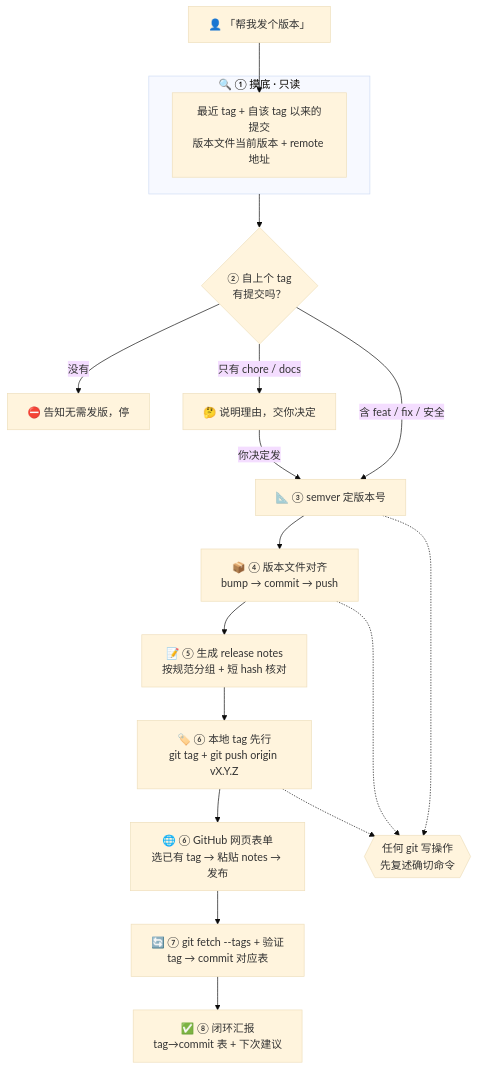
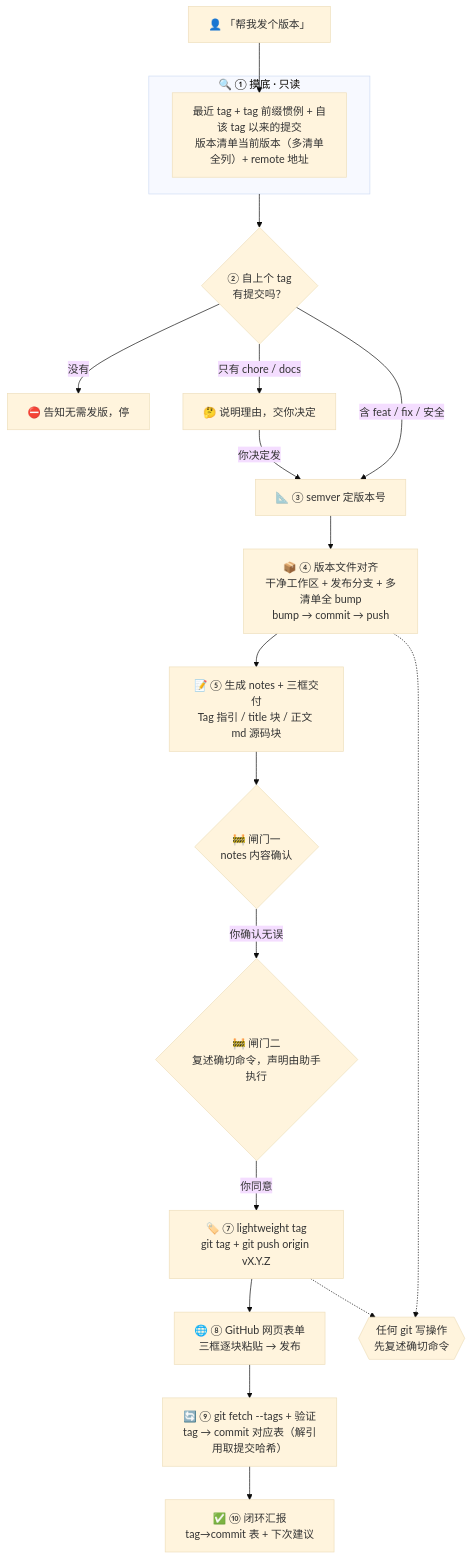
Before and after one commit to WeatherCore/Release-Assistant: the diagram in README.md, drawn with Mermaid (base theme). The commit also changed other lines of this file, not shown here.

````diff
--- a/README.md
+++ b/README.md
@@ -48,25 +50,26 @@
 ```mermaid
 flowchart TB
     U["👤 「帮我发个版本」"] --> M
 
     subgraph S1 ["🔍 ① 摸底 · 只读"]
-        M["最近 tag + 自该 tag 以来的提交<br/>版本文件当前版本 + remote 地址"]
+        M["最近 tag + tag 前缀惯例 + 自该 tag 以来的提交<br/>版本清单当前版本（多清单全列）+ remote 地址"]
     end
 
     S1 --> J{"② 自上个 tag<br/>有提交吗？"}
     J -->|"没有"| STOP["⛔ 告知无需发版，停"]
     J -->|"只有 chore / docs"| ASK["🤔 说明理由，交你决定"]
     J -->|"含 feat / fix / 安全"| SEM["📐 ③ semver 定版本号"]
 
     ASK -->|"你决定发"| SEM
-    SEM --> ALIGN["📦 ④ 版本文件对齐<br/>bump → commit → push"]
-    ALIGN --> NOTES["📝 ⑤ 生成 release notes<br/>按规范分组 + 短 hash 核对"]
-    NOTES --> TAG["🏷️ ⑥ 本地 tag 先行<br/>git tag + git push origin vX.Y.Z"]
-    TAG --> WEB["🌐 ⑥ GitHub 网页表单<br/>选已有 tag → 粘贴 notes → 发布"]
-    WEB --> SYNC["🔄 ⑦ git fetch --tags + 验证<br/>tag → commit 对应表"]
-    SYNC --> DONE["✅ ⑧ 闭环汇报<br/>tag→commit 表 + 下次建议"]
+    SEM --> ALIGN["📦 ④ 版本文件对齐<br/>干净工作区 + 发布分支 + 多清单全 bump<br/>bump → commit → push"]
+    ALIGN --> NOTES["📝 ⑤ 生成 notes + 三框交付<br/>Tag 指引 / title 块 / 正文 md 源码块"]
+    NOTES --> G1{"🚧 闸门一<br/>notes 内容确认"}
+    G1 -->|"你确认无误"| G2{"🚧 闸门二<br/>复述确切命令，声明由助手执行"}
+    G2 -->|"你同意"| TAG["🏷️ ⑦ lightweight tag<br/>git tag + git push origin vX.Y.Z"]
+    TAG --> WEB["🌐 ⑧ GitHub 网页表单<br/>三框逐块粘贴 → 发布"]
+    WEB --> SYNC["🔄 ⑨ git fetch --tags + 验证<br/>tag → commit 对应表（解引用取提交哈希）"]
+    SYNC --> DONE["✅ ⑩ 闭环汇报<br/>tag→commit 表 + 下次建议"]
 
-    SEM -.-> CONFIRM{{"任何 git 写操作<br/>先复述确切命令"}}
-    ALIGN -.-> CONFIRM
-    TAG -.-> CONFIRM
+    ALIGN -.-> QUOTE{{"任何 git 写操作<br/>先复述确切命令"}}
+    TAG -.-> QUOTE
 ```
````
